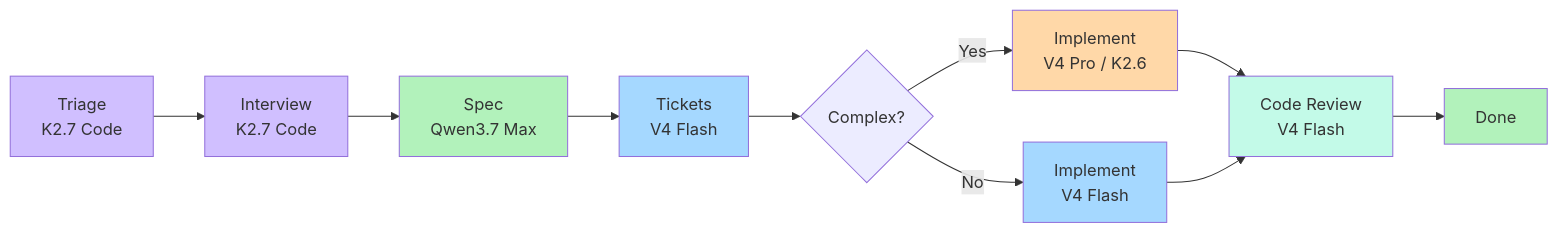
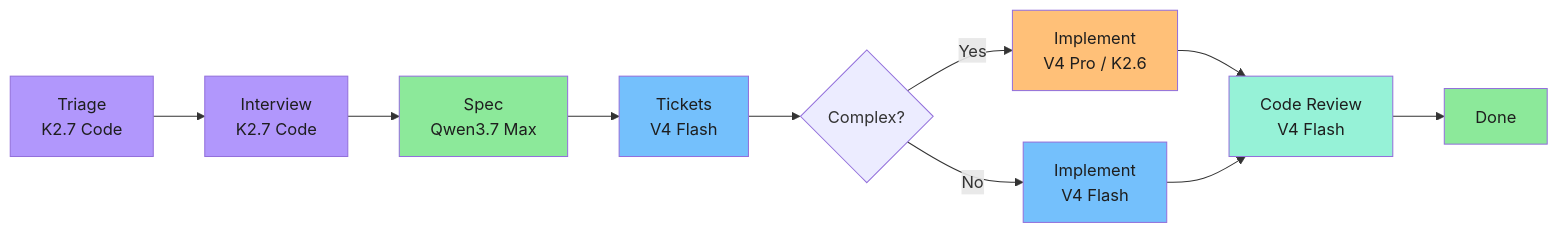
One commit to elisharkray1030/ai-coding-workflow changed the first of 5 diagrams in README.md. Above: the diagram before and after it, drawn with Mermaid. The commit also changed other lines of this file, not shown here.

First line of the commit message:
humanize: strip AI-isms, fix diagram readability, add doc pipeline

````diff
--- a/README.md
+++ b/README.md
@@ -14,21 +14,21 @@
 ```mermaid
 graph LR
     TR[Triage<br/>K2.7 Code] --> IN[Interview<br/>K2.7 Code]
     IN --> SP[Spec<br/>Qwen3.7 Max]
     SP --> TK[Tickets<br/>V4 Flash]
     TK --> D{Complex?}
     D -->|Yes| IC[Implement<br/>V4 Pro / K2.6]
     D -->|No| IS[Implement<br/>V4 Flash]
     IC --> CR[Code Review<br/>V4 Flash]
     IS --> CR
     CR --> DN[Done]
 
-    style TR fill:#d0bfff
-    style IN fill:#d0bfff
-    style SP fill:#b2f2bb
-    style TK fill:#a5d8ff
-    style IC fill:#ffd8a8
-    style IS fill:#a5d8ff
-    style CR fill:#c3fae8
-    style DN fill:#b2f2bb
+    style TR fill:#b197fc,color:#1e1e1e
+    style IN fill:#b197fc,color:#1e1e1e
+    style SP fill:#8ce99a,color:#1e1e1e
+    style TK fill:#74c0fc,color:#1e1e1e
+    style IC fill:#ffc078,color:#1e1e1e
+    style IS fill:#74c0fc,color:#1e1e1e
+    style CR fill:#96f2d7,color:#1e1e1e
+    style DN fill:#8ce99a,color:#1e1e1e
 ```
````
